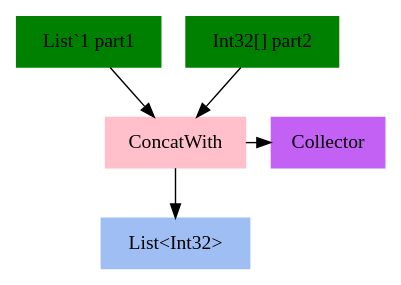
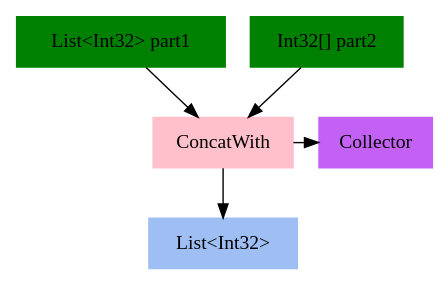
Before and after one commit to refactoring-pipelines/Pipelines: the diagram in Refactoring.Pipelines.Test/PipelineTests.Concat.approved.dot, drawn with Graphviz.

Commit message:
Update test

```diff
--- a/Refactoring.Pipelines.Test/PipelineTests.Concat.approved.dot
+++ b/Refactoring.Pipelines.Test/PipelineTests.Concat.approved.dot
@@ -1,17 +1,17 @@
 digraph G { node [style=filled, shape=rec]
 
 # Nodes
-{"List`1 part1", "Int32[] part2"} -> "ConcatWith" -> {"List<Int32>", "Collector"}
+{"List<Int32> part1", "Int32[] part2"} -> "ConcatWith" -> {"List<Int32>", "Collector"}
 
 
 # Formatting
-"List`1 part1" [color=green]
+"List<Int32> part1" [color=green]
 "List<Int32>" [color="#9fbff4"]
 "ConcatWith" [color=pink]
 "Collector" [color = "#c361f4"]
 "Int32[] part2" [color=green]
 
 { rank=same; "ConcatWith", "Collector"}
 
 
 }
```
